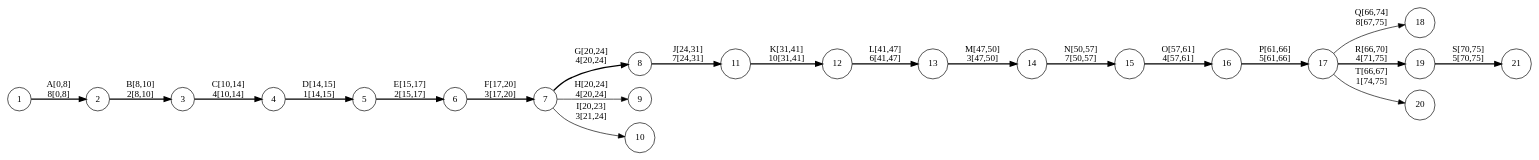
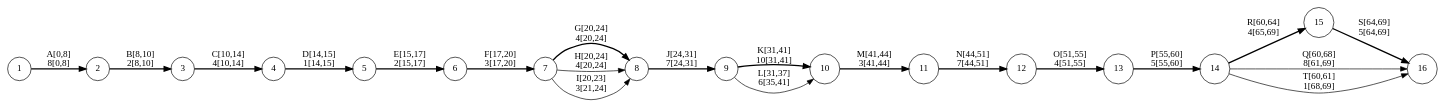
The diagram in graph.DOT (santanu23/390), drawn with Graphviz before and after one commit.

Commit message:
Updated predecessor nodes

```diff
--- a/graph.DOT
+++ b/graph.DOT
@@ -1,46 +1,41 @@
  digraph G {
 graph [rankdir=LR]
   "1"[shape="circle"]
   "2"[shape="circle"]
   "3"[shape="circle"]
   "4"[shape="circle"]
   "5"[shape="circle"]
   "6"[shape="circle"]
   "7"[shape="circle"]
   "7"[shape="circle"]  
   "8"[shape="circle"]
   "9"[shape="circle"]
   "10"[shape="circle"]
   "11"[shape="circle"]
   "12"[shape="circle"]
   "13"[shape="circle"]
   "14"[shape="circle"]
   "15"[shape="circle"]  
   "16"[shape="circle"]
-  "17"[shape="circle"]
-  "18"[shape="circle"]
-  "19"[shape="circle"]
-  "20"[shape="circle"]
-  "21"[shape="circle"]
 
   1 -> 2[label="A[0,8] \n 8[0,8]"] [penwidth=2]
   2 -> 3[label="B[8,10] \n 2[8,10]"] [penwidth=2]
   3 -> 4[label="C[10,14] \n 4[10,14]"] [penwidth=2]
   4 -> 5[label="D[14,15] \n 1[14,15]"] [penwidth=2]
   5 -> 6[label="E[15,17] \n 2[15,17]"] [penwidth=2]
   6 -> 7[label="F[17,20] \n 3[17,20]"] [penwidth=2]
   7 -> 8[label="G[20,24] \n 4[20,24]"] [penwidth=2]
-  7 -> 9[label="H[20,24] \n 4[20,24]"]
-  7 -> 10[label="I[20,23] \n 3[21,24]"]
-  8 -> 11[label="J[24,31] \n 7[24,31]"] [penwidth=2]
-  11 -> 12[label="K[31,41] \n 10[31,41]"] [penwidth=2]
-  12 -> 13[label="L[41,47] \n 6[41,47]"] [penwidth=2]
-  13 -> 14[label="M[47,50] \n 3[47,50]"] [penwidth=2]
-  14 -> 15[label="N[50,57] \n 7[50,57]"] [penwidth=2]
-  15 -> 16[label="O[57,61] \n 4[57,61]"] [penwidth=2]
-  16 -> 17[label="P[61,66] \n 5[61,66]"] [penwidth=2]
-  17 -> 18[label="Q[66,74] \n 8[67,75]"] 
-  17 -> 19[label="R[66,70] \n 4[71,75]"][penwidth=2]
-  17 -> 20[label="T[66,67] \n 1[74,75]"]
-  19 -> 21[label="S[70,75] \n 5[70,75]"] [penwidth=2]
+  7 -> 8[label="H[20,24] \n 4[20,24]"]
+  7 -> 8[label="I[20,23] \n 3[21,24]"]
+  8 -> 9[label="J[24,31] \n 7[24,31]"] [penwidth=2]
+  9 -> 10[label="K[31,41] \n 10[31,41]"] [penwidth=2]
+  9 -> 10[label="L[31,37] \n 6[35,41]"]
+  10 -> 11[label="M[41,44] \n 3[41,44]"] [penwidth=2]
+  11 -> 12[label="N[44,51] \n 7[44,51]"] [penwidth=2]
+  12 -> 13[label="O[51,55] \n 4[51,55]"] [penwidth=2]
+  13 -> 14[label="P[55,60] \n 5[55,60]"] [penwidth=2]
+  14 -> 16[label="Q[60,68] \n 8[61,69]"] 
+  14 -> 15[label="R[60,64] \n 4[65,69]"][penwidth=2]
+  14 -> 16[label="T[60,61] \n 1[68,69]"]
+  15 -> 16[label="S[64,69] \n 5[64,69]"] [penwidth=2]
 }
```
